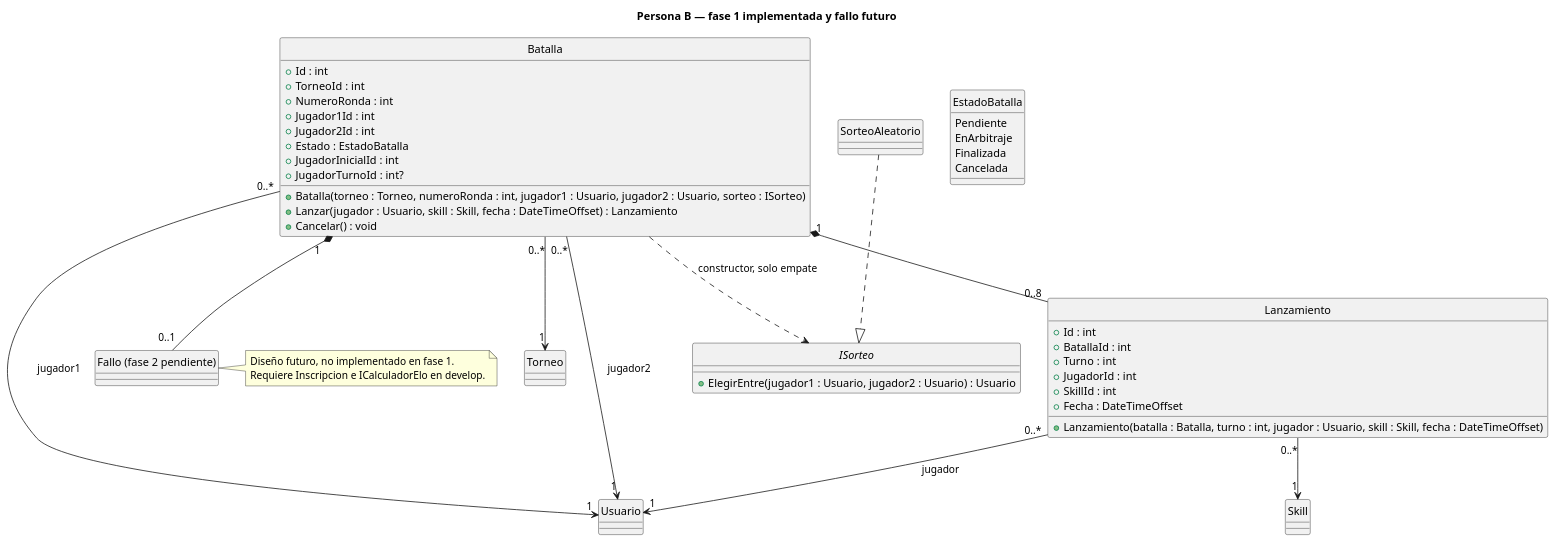
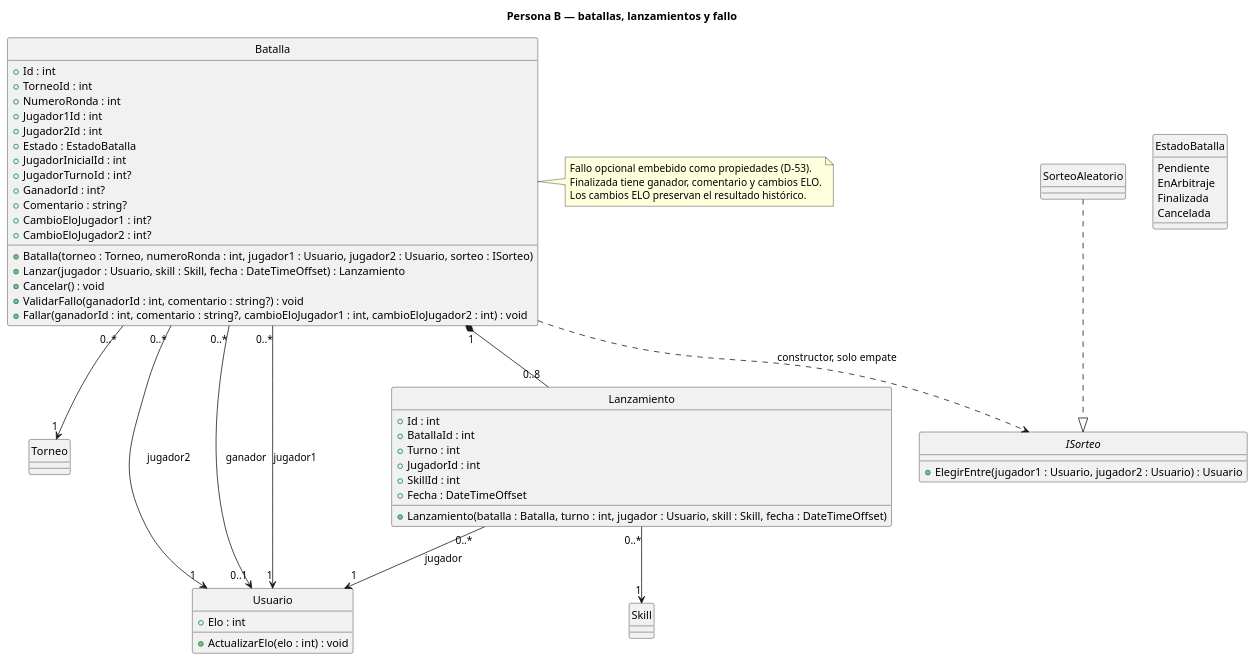
One commit to Seba0512/FarmeORT changed the diagram in docs/uml/batallas-lanzamientos.puml. Above: the diagram before and after it, drawn with PlantUML. The commit also changed 3 other files, not shown here.

```diff
--- a/docs/uml/batallas-lanzamientos.puml
+++ b/docs/uml/batallas-lanzamientos.puml
@@ -1,53 +1,62 @@
 @startuml
 hide circle
-title Persona B — fase 1 implementada y fallo futuro
+title Persona B — batallas, lanzamientos y fallo
 class Batalla {
   + Id : int
   + TorneoId : int
   + NumeroRonda : int
   + Jugador1Id : int
   + Jugador2Id : int
   + Estado : EstadoBatalla
   + JugadorInicialId : int
   + JugadorTurnoId : int?
+  + GanadorId : int?
+  + Comentario : string?
+  + CambioEloJugador1 : int?
+  + CambioEloJugador2 : int?
   + Batalla(torneo : Torneo, numeroRonda : int, jugador1 : Usuario, jugador2 : Usuario, sorteo : ISorteo)
   + Lanzar(jugador : Usuario, skill : Skill, fecha : DateTimeOffset) : Lanzamiento
   + Cancelar() : void
+  + ValidarFallo(ganadorId : int, comentario : string?) : void
+  + Fallar(ganadorId : int, comentario : string?, cambioEloJugador1 : int, cambioEloJugador2 : int) : void
 }
 enum EstadoBatalla {
   Pendiente
   EnArbitraje
   Finalizada
   Cancelada
 }
 class Lanzamiento {
   + Id : int
   + BatallaId : int
   + Turno : int
   + JugadorId : int
   + SkillId : int
   + Fecha : DateTimeOffset
   + Lanzamiento(batalla : Batalla, turno : int, jugador : Usuario, skill : Skill, fecha : DateTimeOffset)
 }
 interface ISorteo {
   + ElegirEntre(jugador1 : Usuario, jugador2 : Usuario) : Usuario
 }
 class SorteoAleatorio
 class Torneo
-class Usuario
+class Usuario {
+  + Elo : int
+  + ActualizarElo(elo : int) : void
+}
 class Skill
-class "Fallo (fase 2 pendiente)" as Fallo
 Batalla "0..*" --> "1" Torneo
 Batalla "0..*" --> "1" Usuario : jugador1
 Batalla "0..*" --> "1" Usuario : jugador2
 Batalla "1" *-- "0..8" Lanzamiento
-Batalla "1" *-- "0..1" Fallo
+Batalla "0..*" --> "0..1" Usuario : ganador
 Lanzamiento "0..*" --> "1" Usuario : jugador
 Lanzamiento "0..*" --> "1" Skill
 Batalla ..> ISorteo : constructor, solo empate
 SorteoAleatorio ..|> ISorteo
-note right of Fallo
-  Diseño futuro, no implementado en fase 1.
-  Requiere Inscripcion e ICalculadorElo en develop.
+note right of Batalla
+  Fallo opcional embebido como propiedades (D-53).
+  Finalizada tiene ganador, comentario y cambios ELO.
+  Los cambios ELO preservan el resultado histórico.
 end note
 @enduml
```
